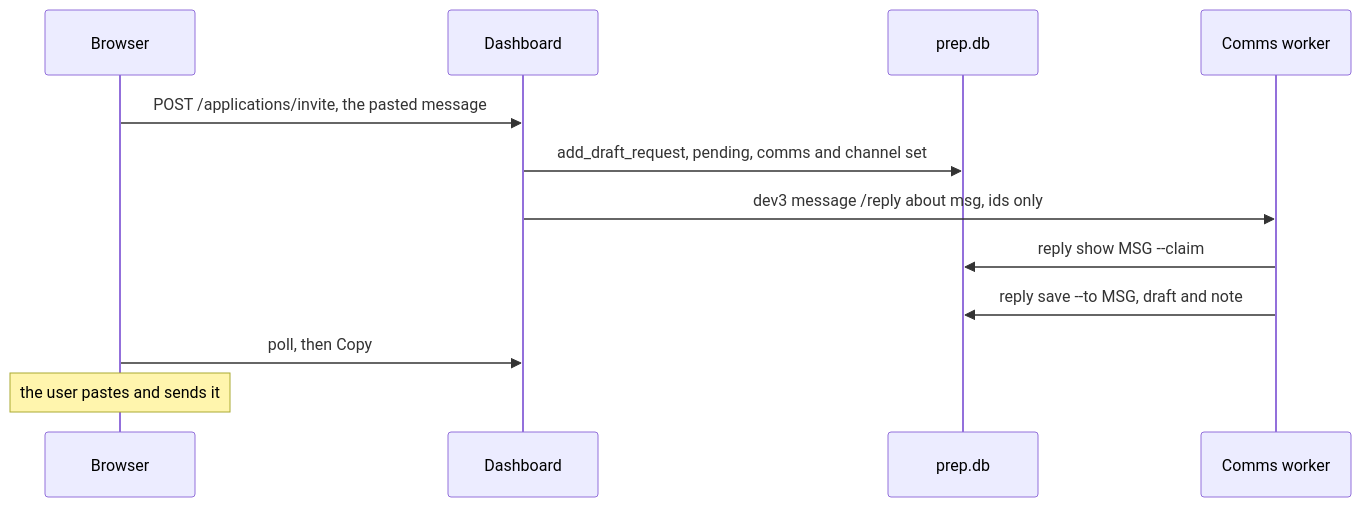
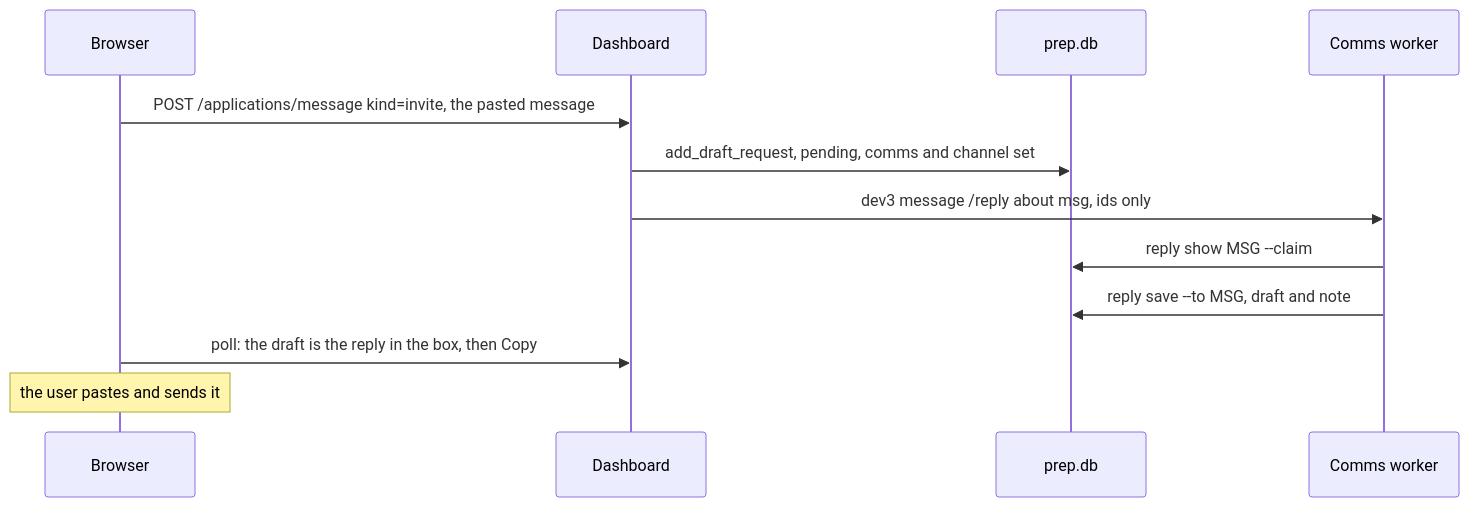
The third of 4 diagrams in docs/reference/assistants.md (Pavlana/hirey), drawn with Mermaid before and after one commit. The commit also changed other lines of this file and 23 other files, not shown here.

First line of the commit message:
Recruiter messages from the Applications Assistant box; drafts are the reply with Copy (#68)

````diff
--- a/docs/reference/assistants.md
+++ b/docs/reference/assistants.md
@@ -367,14 +367,14 @@
 ```mermaid
 sequenceDiagram
     participant U as Browser
     participant W as Dashboard
     participant DB as prep.db
     participant C as Comms worker
-    U->>W: POST /applications/invite, the pasted message
+    U->>W: POST /applications/message kind=invite, the pasted message
     W->>DB: add_draft_request, pending, comms and channel set
     W->>C: dev3 message /reply about msg, ids only
     C->>DB: reply show MSG --claim
     C->>DB: reply save --to MSG, draft and note
-    U->>W: poll, then Copy
+    U->>W: poll: the draft is the reply in the box, then Copy
     Note over U: the user pastes and sends it
 ```
````
